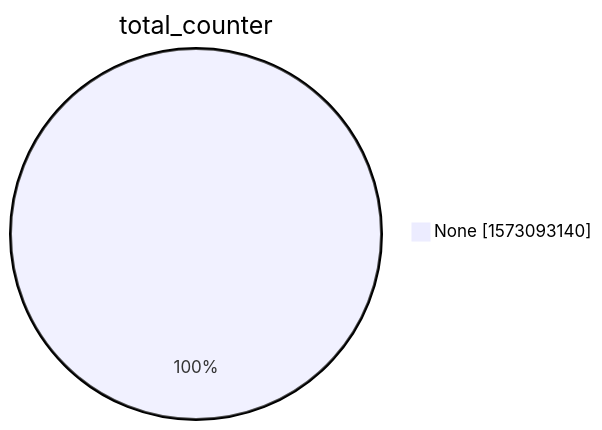
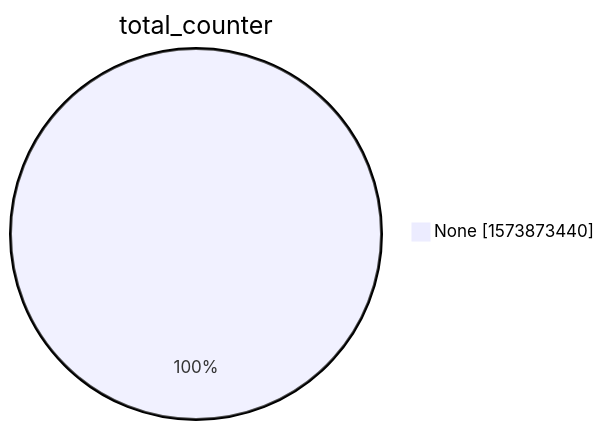
One commit to christiankrug/ctmonitor_visualization changed the second of 15 diagrams in xenon2022/README.md. Above: the diagram before and after it, drawn with Mermaid. The commit also changed other lines of this file, not shown here.

````diff
--- a/xenon2022/README.md
+++ b/xenon2022/README.md
@@ -9,5 +9,5 @@
 ```mermaid
 pie showData
 title total_counter
-"None" :1573093140
+"None" :1573873440
 ```
````
